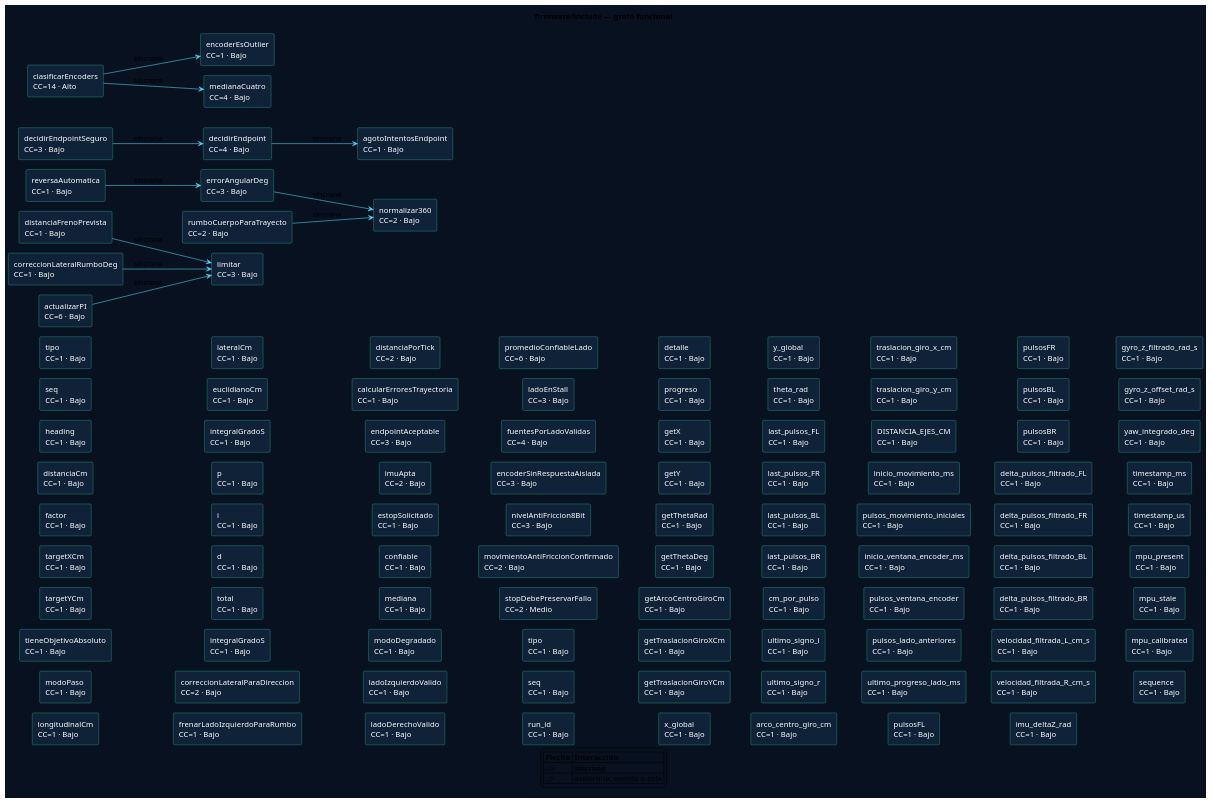
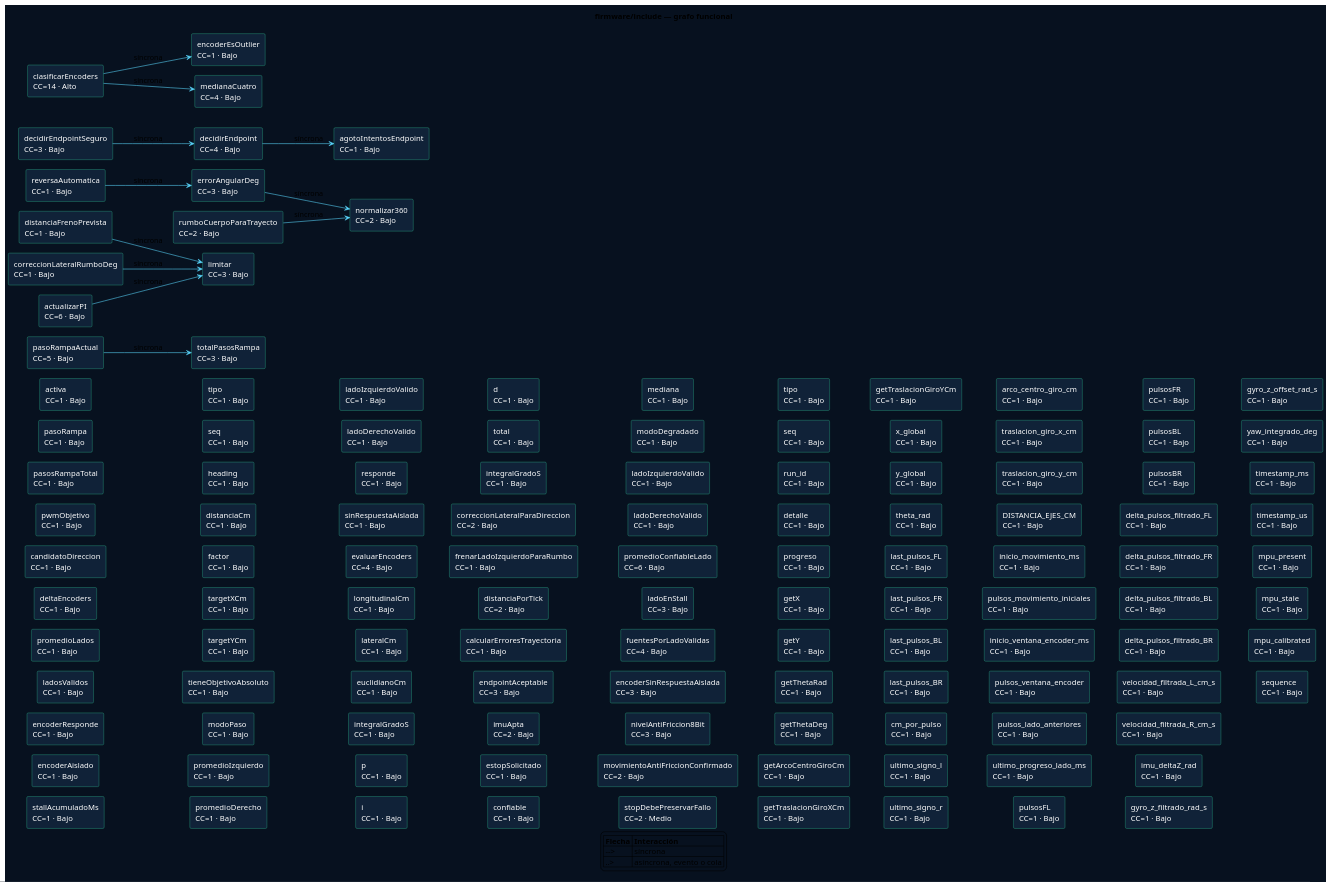
The diagram in docs_markdowns/uml/plantuml/firmware_include.puml (RubenAndresGome/carroTest3-For-Esp32-s3-wroom), drawn with PlantUML before and after one commit. The commit also changed 20 other files, not shown here.

Commit message:
docs: add comprehensive documentation for kinematics, control architecture, and current system audit

```diff
--- a/docs_markdowns/uml/plantuml/firmware_include.puml
+++ b/docs_markdowns/uml/plantuml/firmware_include.puml
@@ -1,129 +1,150 @@
 @startuml
 !pragma layout smetana
 left to right direction
 skinparam backgroundColor #07111F
 skinparam componentStyle rectangle
 skinparam componentBackgroundColor #102238
 skinparam componentBorderColor #39E6AA
 skinparam componentFontColor white
 skinparam ArrowColor #5BD8FF
 title firmware/include — grafo funcional
+component "activa\nCC=1 · Bajo" as n9e3776ac33
+component "pasoRampa\nCC=1 · Bajo" as n698b99e4f4
+component "pasosRampaTotal\nCC=1 · Bajo" as n9dbc84f914
+component "pwmObjetivo\nCC=1 · Bajo" as n797389931b
+component "candidatoDireccion\nCC=1 · Bajo" as nbb0e17a0ad
+component "deltaEncoders\nCC=1 · Bajo" as n5330a2250b
+component "promedioLados\nCC=1 · Bajo" as n48a7b26404
+component "ladosValidos\nCC=1 · Bajo" as n4f0d47a345
+component "encoderResponde\nCC=1 · Bajo" as n418b09ee7c
+component "encoderAislado\nCC=1 · Bajo" as n75715afd01
+component "stallAcumuladoMs\nCC=1 · Bajo" as n635f7f950d
 component "tipo\nCC=1 · Bajo" as nb9d52df174
 component "seq\nCC=1 · Bajo" as n54e28a7808
 component "heading\nCC=1 · Bajo" as na384e552ee
 component "distanciaCm\nCC=1 · Bajo" as n19302bb7c7
 component "factor\nCC=1 · Bajo" as n1a150105f0
 component "targetXCm\nCC=1 · Bajo" as n359e3192c8
 component "targetYCm\nCC=1 · Bajo" as n3ddd954461
 component "tieneObjetivoAbsoluto\nCC=1 · Bajo" as nd0867b25a6
 component "modoPaso\nCC=1 · Bajo" as n475cac3a15
+component "promedioIzquierdo\nCC=1 · Bajo" as n9965dceebe
+component "promedioDerecho\nCC=1 · Bajo" as n24ed847d8c
+component "ladoIzquierdoValido\nCC=1 · Bajo" as nc2849d5e46
+component "ladoDerechoValido\nCC=1 · Bajo" as n0f7dafc2cb
+component "responde\nCC=1 · Bajo" as na9951eb8f9
+component "sinRespuestaAislada\nCC=1 · Bajo" as n36e4bf09f8
+component "evaluarEncoders\nCC=4 · Bajo" as nd20cfb564a
+component "totalPasosRampa\nCC=3 · Bajo" as na4925ad6d3
+component "pasoRampaActual\nCC=5 · Bajo" as nbd8492d45a
 component "longitudinalCm\nCC=1 · Bajo" as naf5b9be116
 component "lateralCm\nCC=1 · Bajo" as n7d8fcdccb4
 component "euclidianoCm\nCC=1 · Bajo" as n56c5928aa3
 component "integralGradoS\nCC=1 · Bajo" as n443a3bfa6b
 component "p\nCC=1 · Bajo" as nd35097c3a5
 component "i\nCC=1 · Bajo" as n7314fc80d8
 component "d\nCC=1 · Bajo" as nbb3bcd73ea
 component "total\nCC=1 · Bajo" as n05c7a68a3c
 component "integralGradoS\nCC=1 · Bajo" as n2e3822c0b7
 component "limitar\nCC=3 · Bajo" as nfd68ebbf51
 component "normalizar360\nCC=2 · Bajo" as n055e6556b4
 component "errorAngularDeg\nCC=3 · Bajo" as n40c8cb2eef
 component "reversaAutomatica\nCC=1 · Bajo" as nbe93f15ded
 component "rumboCuerpoParaTrayecto\nCC=2 · Bajo" as nb3b8b073ec
 component "correccionLateralParaDireccion\nCC=2 · Bajo" as n0fcdf5f124
 component "frenarLadoIzquierdoParaRumbo\nCC=1 · Bajo" as n8079dd1716
 component "distanciaPorTick\nCC=2 · Bajo" as nabeea36787
 component "distanciaFrenoPrevista\nCC=1 · Bajo" as nc92c4c3dbd
 component "calcularErroresTrayectoria\nCC=1 · Bajo" as n77bb7c210f
 component "correccionLateralRumboDeg\nCC=1 · Bajo" as n2ed90afeb2
 component "actualizarPI\nCC=6 · Bajo" as na4be9f82eb
 component "endpointAceptable\nCC=3 · Bajo" as n6686d80e74
 component "agotoIntentosEndpoint\nCC=1 · Bajo" as n123b18d6f2
 component "decidirEndpoint\nCC=4 · Bajo" as n2e65f908c7
 component "decidirEndpointSeguro\nCC=3 · Bajo" as n14c5e62500
 component "imuApta\nCC=2 · Bajo" as nc112944dbf
 component "estopSolicitado\nCC=1 · Bajo" as neefa84e65c
 component "encoderEsOutlier\nCC=1 · Bajo" as na3d5c6af71
 component "confiable\nCC=1 · Bajo" as n015925b31b
 component "mediana\nCC=1 · Bajo" as n1dd147497d
 component "modoDegradado\nCC=1 · Bajo" as n4af4da39bf
 component "ladoIzquierdoValido\nCC=1 · Bajo" as nbc1218dd16
 component "ladoDerechoValido\nCC=1 · Bajo" as n641bb93d5b
 component "medianaCuatro\nCC=4 · Bajo" as nd631f6f320
 component "clasificarEncoders\nCC=14 · Alto" as n6a1353563a
 component "promedioConfiableLado\nCC=6 · Bajo" as n35f31e7c43
 component "ladoEnStall\nCC=3 · Bajo" as ndd6f549d25
 component "fuentesPorLadoValidas\nCC=4 · Bajo" as ned19fbf336
 component "encoderSinRespuestaAislada\nCC=3 · Bajo" as n5097db7551
 component "nivelAntiFriccion8Bit\nCC=3 · Bajo" as n92bcf0cf35
 component "movimientoAntiFriccionConfirmado\nCC=2 · Bajo" as n812e2668e9
 component "stopDebePreservarFallo\nCC=2 · Medio" as n55f597d38b
 component "tipo\nCC=1 · Bajo" as nae6550dc08
 component "seq\nCC=1 · Bajo" as na459c2b651
 component "run_id\nCC=1 · Bajo" as nf13fbcc40f
 component "detalle\nCC=1 · Bajo" as n76ea421fa2
 component "progreso\nCC=1 · Bajo" as n62d9f5cb98
 component "getX\nCC=1 · Bajo" as n3bb4d1fc5e
 component "getY\nCC=1 · Bajo" as n9130f7fc90
 component "getThetaRad\nCC=1 · Bajo" as n1834fa7be3
 component "getThetaDeg\nCC=1 · Bajo" as n07aa956131
 component "getArcoCentroGiroCm\nCC=1 · Bajo" as n82c0e0074d
 component "getTraslacionGiroXCm\nCC=1 · Bajo" as n2fc3d55854
 component "getTraslacionGiroYCm\nCC=1 · Bajo" as nbe71efe7e7
 component "x_global\nCC=1 · Bajo" as nbedd71425a
 component "y_global\nCC=1 · Bajo" as nd7a4b30061
 component "theta_rad\nCC=1 · Bajo" as naaf8b63ce1
 component "last_pulsos_FL\nCC=1 · Bajo" as nb5a3b6f3c6
 component "last_pulsos_FR\nCC=1 · Bajo" as nb9bf88a428
 component "last_pulsos_BL\nCC=1 · Bajo" as n74d860e5dc
 component "last_pulsos_BR\nCC=1 · Bajo" as n6efa12ee47
 component "cm_por_pulso\nCC=1 · Bajo" as nca786383e3
 component "ultimo_signo_l\nCC=1 · Bajo" as nb936c76155
 component "ultimo_signo_r\nCC=1 · Bajo" as nb3c380a9a3
 component "arco_centro_giro_cm\nCC=1 · Bajo" as n1188c6a6bf
 component "traslacion_giro_x_cm\nCC=1 · Bajo" as nf4fed91bea
 component "traslacion_giro_y_cm\nCC=1 · Bajo" as n6bc5cba68b
 component "DISTANCIA_EJES_CM\nCC=1 · Bajo" as nedb05230fb
-component "inicio_movimiento_ms\nCC=1 · Bajo" as n21514037cb
-component "pulsos_movimiento_iniciales\nCC=1 · Bajo" as nd68d40171a
-component "inicio_ventana_encoder_ms\nCC=1 · Bajo" as ne0be1a0dfd
-component "pulsos_ventana_encoder\nCC=1 · Bajo" as n0f5c6a90b0
-component "pulsos_lado_anteriores\nCC=1 · Bajo" as n86a0c33a6e
-component "ultimo_progreso_lado_ms\nCC=1 · Bajo" as n9ae96fe14f
+component "inicio_movimiento_ms\nCC=1 · Bajo" as n75114b0e9b
+component "pulsos_movimiento_iniciales\nCC=1 · Bajo" as n9dc454a10d
+component "inicio_ventana_encoder_ms\nCC=1 · Bajo" as ncb4c7b8712
+component "pulsos_ventana_encoder\nCC=1 · Bajo" as n659411dda3
+component "pulsos_lado_anteriores\nCC=1 · Bajo" as ne3bba715f8
+component "ultimo_progreso_lado_ms\nCC=1 · Bajo" as n949a7da5ad
 component "pulsosFL\nCC=1 · Bajo" as na1bb2d9854
 component "pulsosFR\nCC=1 · Bajo" as nd1a857052e
 component "pulsosBL\nCC=1 · Bajo" as n9d7f448fe0
 component "pulsosBR\nCC=1 · Bajo" as n74e4f2a87a
 component "delta_pulsos_filtrado_FL\nCC=1 · Bajo" as n5b7748b089
 component "delta_pulsos_filtrado_FR\nCC=1 · Bajo" as n59e87ae3c9
 component "delta_pulsos_filtrado_BL\nCC=1 · Bajo" as n71156c1ab3
 component "delta_pulsos_filtrado_BR\nCC=1 · Bajo" as n0dc73f2365
 component "velocidad_filtrada_L_cm_s\nCC=1 · Bajo" as n4620569983
 component "velocidad_filtrada_R_cm_s\nCC=1 · Bajo" as n0a82169272
 component "imu_deltaZ_rad\nCC=1 · Bajo" as ndfa959ae0b
 component "gyro_z_filtrado_rad_s\nCC=1 · Bajo" as n887ffd1cbd
 component "gyro_z_offset_rad_s\nCC=1 · Bajo" as n28dd55e800
 component "yaw_integrado_deg\nCC=1 · Bajo" as n6a9588871e
 component "timestamp_ms\nCC=1 · Bajo" as n92b92815e1
 component "timestamp_us\nCC=1 · Bajo" as n53765c5a44
 component "mpu_present\nCC=1 · Bajo" as n6d2232461b
 component "mpu_stale\nCC=1 · Bajo" as n588b6ba92e
 component "mpu_calibrated\nCC=1 · Bajo" as n7c7ebe4c92
 component "sequence\nCC=1 · Bajo" as n19143883c9
+nbd8492d45a --> na4925ad6d3 : síncrona
 n40c8cb2eef --> n055e6556b4 : síncrona
 nbe93f15ded --> n40c8cb2eef : síncrona
 nb3b8b073ec --> n055e6556b4 : síncrona
 nc92c4c3dbd --> nfd68ebbf51 : síncrona
 n2ed90afeb2 --> nfd68ebbf51 : síncrona
 na4be9f82eb --> nfd68ebbf51 : síncrona
 n2e65f908c7 --> n123b18d6f2 : síncrona
 n14c5e62500 --> n2e65f908c7 : síncrona
 n6a1353563a --> na3d5c6af71 : síncrona
 n6a1353563a --> nd631f6f320 : síncrona
 legend
 |= Flecha |= Interacción |
 | --> | síncrona |
 | ..> | asíncrona, evento o cola |
 endlegend
 @enduml
```
